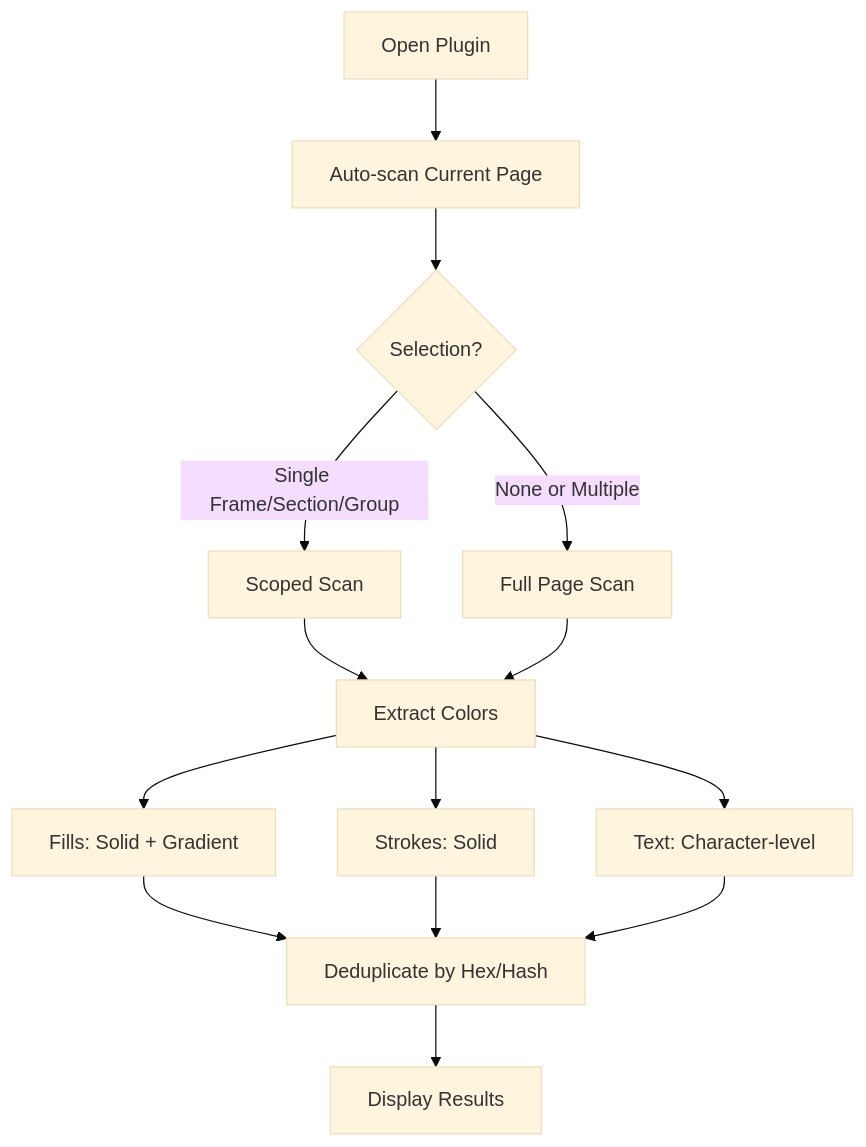
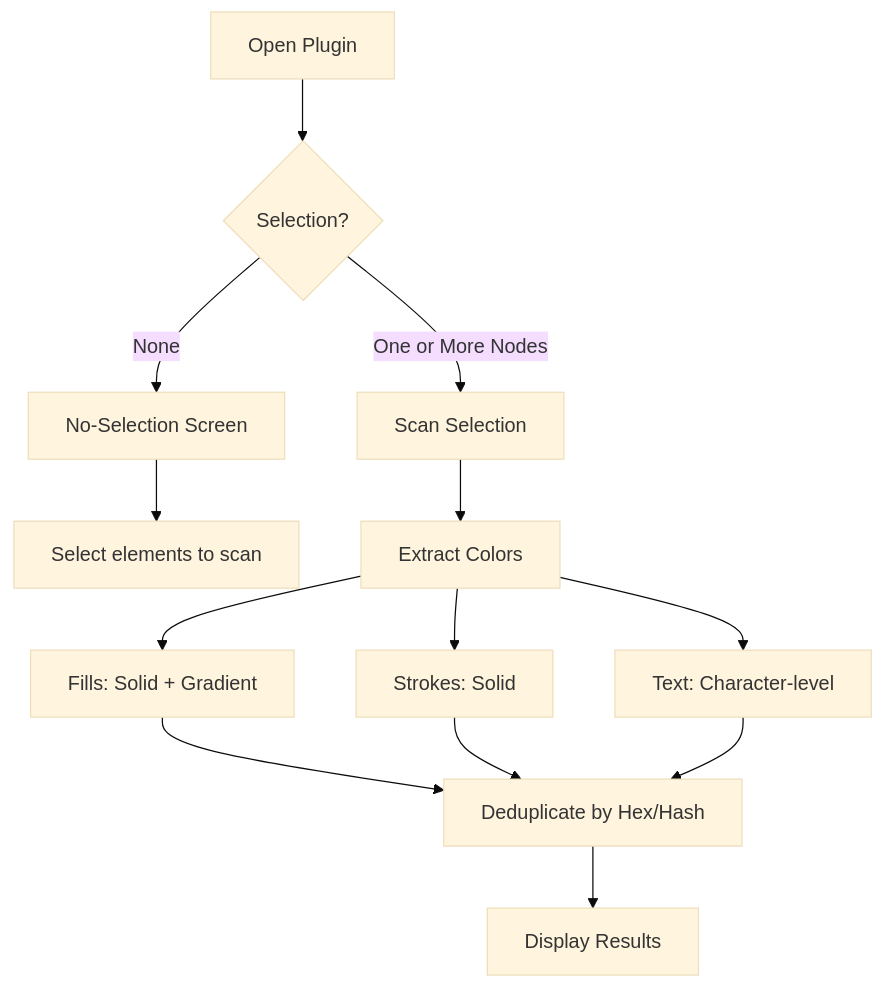
Before and after one commit to sarweshshah/color-me-good: the first of 4 diagrams in FEATURES.md, drawn with Mermaid (base theme). The commit also changed other lines of this file and 2 other files, not shown here.

````diff
--- a/FEATURES.md
+++ b/FEATURES.md
@@ -7,16 +7,15 @@
 ```mermaid
 flowchart TB
-  Start[Open Plugin] --> AutoScan[Auto-scan Current Page]
-  AutoScan --> CheckScope{Selection?}
-  CheckScope -->|Single Frame/Section/Group| ScopedScan[Scoped Scan]
-  CheckScope -->|None or Multiple| FullScan[Full Page Scan]
-  ScopedScan --> Extract[Extract Colors]
-  FullScan --> Extract
+  Start[Open Plugin] --> CheckScope{Selection?}
+  CheckScope -->|None| NoSelection[No-Selection Screen]
+  CheckScope -->|One or More Nodes| Scan[Scan Selection]
+  NoSelection --> Guidance[Select elements to scan]
+  Scan --> Extract[Extract Colors]
   Extract --> Fills[Fills: Solid + Gradient]
   Extract --> Strokes[Strokes: Solid]
   Extract --> Text[Text: Character-level]
   Fills --> Dedupe[Deduplicate by Hex/Hash]
   Strokes --> Dedupe
   Text --> Dedupe
   Dedupe --> Results[Display Results]
 ```
````
